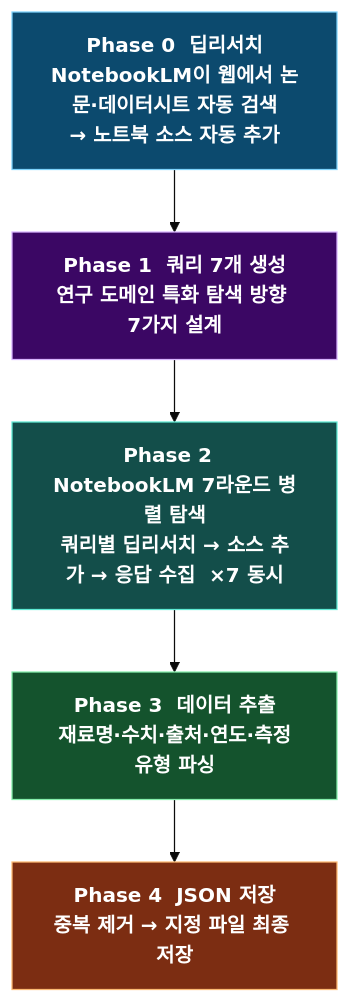
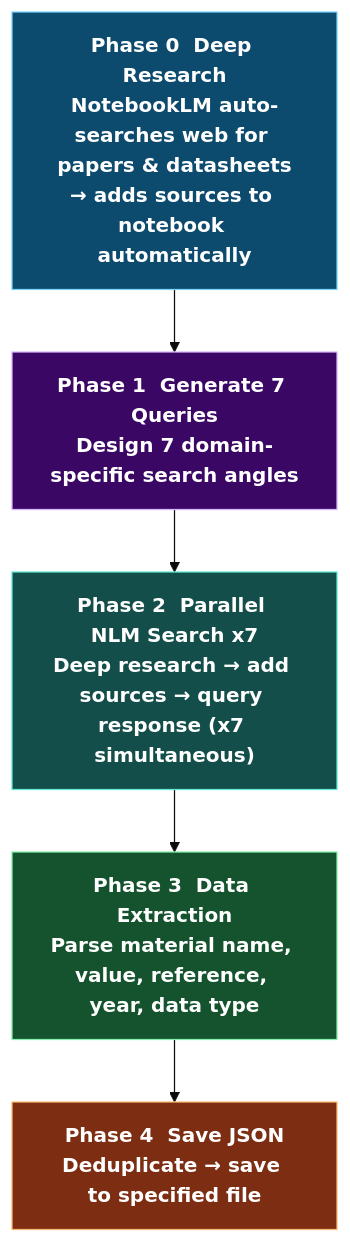
One commit to dudtjq414/matdb-builder changed the second of 2 diagrams in README.md. Above: the diagram before and after it, drawn with Mermaid (base theme). The commit also changed other lines of this file and 2 other files, not shown here.

First line of the commit message:
docs: 영어 지원 추가 — 다이어그램 영어 전환 및 bilingual 문서화

````diff
--- a/README.md
+++ b/README.md
@@ -31,16 +31,16 @@
 ```mermaid
 flowchart TD
     classDef p0 fill:#0c4a6e,stroke:#7dd3fc,color:#fff,font-weight:bold
     classDef p1 fill:#3b0764,stroke:#d8b4fe,color:#fff,font-weight:bold
     classDef p2 fill:#134e4a,stroke:#5eead4,color:#fff,font-weight:bold
     classDef p3 fill:#14532d,stroke:#86efac,color:#fff,font-weight:bold
     classDef p4 fill:#7c2d12,stroke:#fdba74,color:#fff,font-weight:bold
 
-    P0["Phase 0  딥리서치\nNotebookLM이 웹에서 논문·데이터시트 자동 검색\n→ 노트북 소스 자동 추가"]:::p0
-    P1["Phase 1  쿼리 7개 생성\n연구 도메인 특화 탐색 방향 7가지 설계"]:::p1
-    P2["Phase 2  NotebookLM 7라운드 병렬 탐색\n쿼리별 딥리서치 → 소스 추가 → 응답 수집  ×7 동시"]:::p2
-    P3["Phase 3  데이터 추출\n재료명·수치·출처·연도·측정유형 파싱"]:::p3
-    P4["Phase 4  JSON 저장\n중복 제거 → 지정 파일 최종 저장"]:::p4
+    P0["Phase 0  Deep Research\nNotebookLM auto-searches web for papers & datasheets\n→ adds sources to notebook automatically"]:::p0
+    P1["Phase 1  Generate 7 Queries\nDesign 7 domain-specific search angles"]:::p1
+    P2["Phase 2  Parallel NLM Search x7\nDeep research → add sources → query response (x7 simultaneous)"]:::p2
+    P3["Phase 3  Data Extraction\nParse material name, value, reference, year, data type"]:::p3
+    P4["Phase 4  Save JSON\nDeduplicate → save to specified file"]:::p4
 
     P0 --> P1 --> P2 --> P3 --> P4
 ```
````
